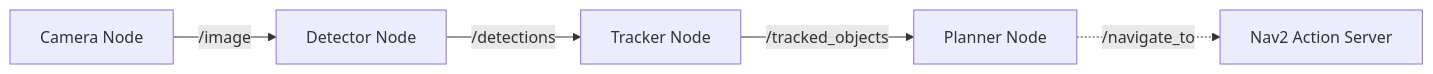
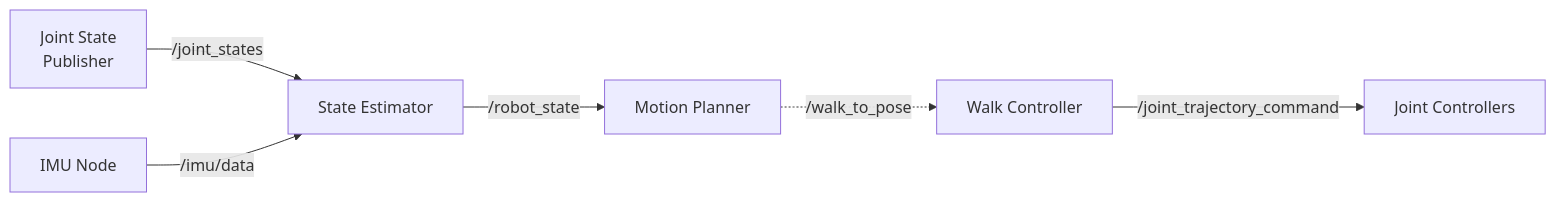
The third of 3 diagrams in my-website/docs/module-1/core-concepts.md (Irshadulhaqai/Physical-AI-Humanoid-Robotics-Textbook), drawn with Mermaid before and after one commit. The commit also changed other lines of this file and 24 other files, not shown here.

````diff
--- a/my-website/docs/module-1/core-concepts.md
+++ b/my-website/docs/module-1/core-concepts.md
@@ -357,7 +431,8 @@
 ```mermaid
 flowchart LR
-    A[Camera Node] -->|/image| B[Detector Node]
-    B -->|/detections| C[Tracker Node]
-    C -->|/tracked_objects| D[Planner Node]
-    D -.->|/navigate_to| E[Nav2 Action Server]
+    A[Joint State<br/>Publisher] -->|/joint_states| B[State Estimator]
+    I[IMU Node] -->|/imu/data| B
+    B -->|/robot_state| C[Motion Planner]
+    C -.->|/walk_to_pose| D[Walk Controller]
+    D -->|/joint_trajectory_command| E[Joint Controllers]
 ```
````
